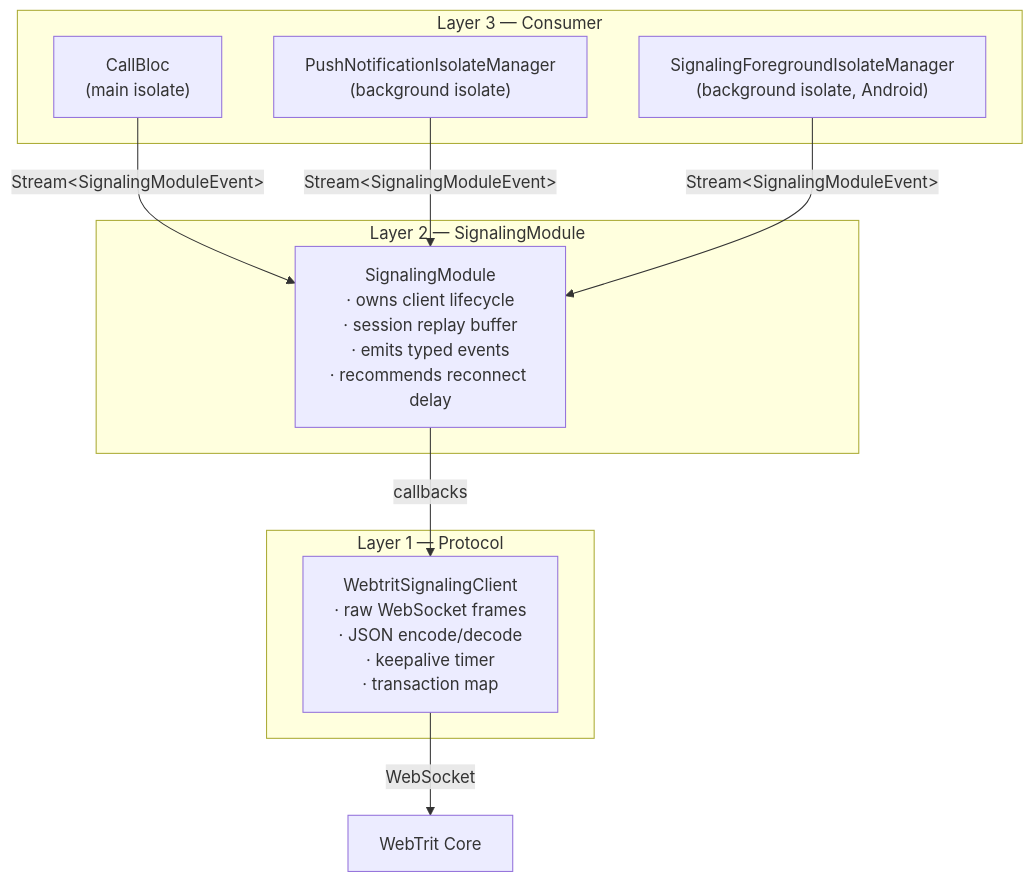
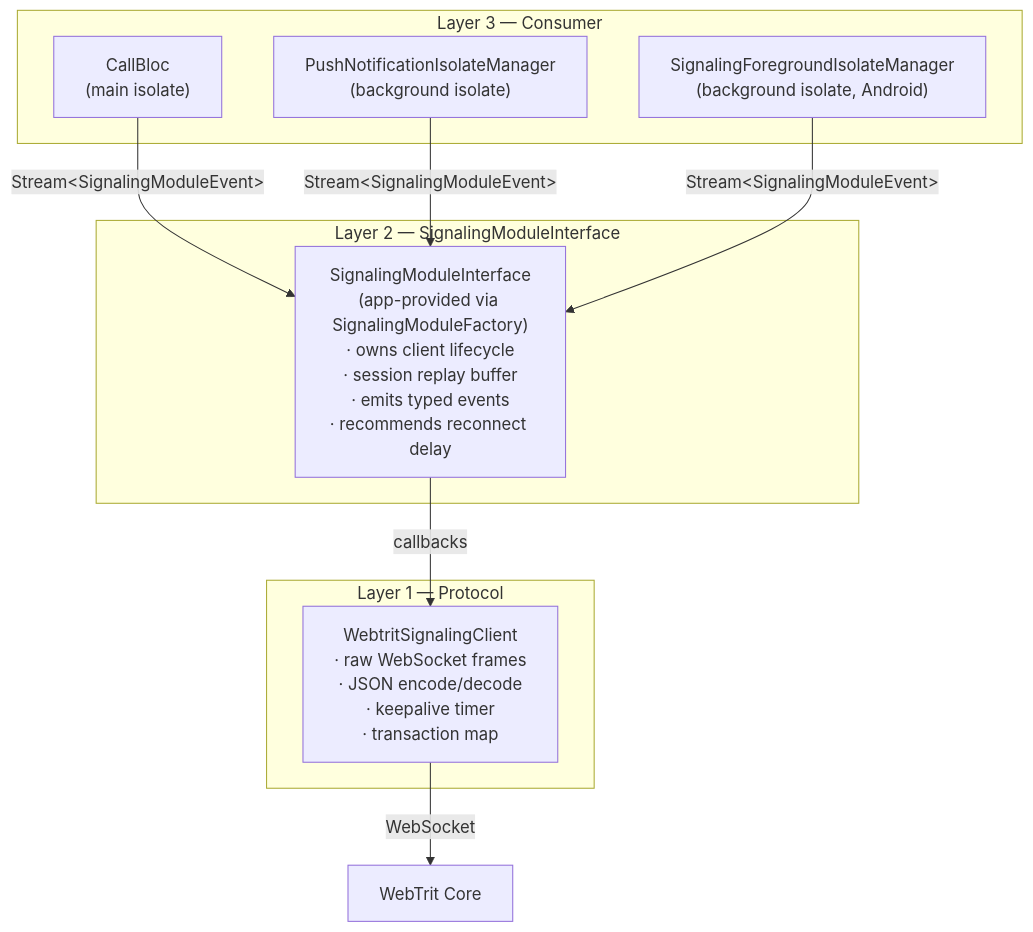
Before and after one commit to WebTrit/webtrit_phone: the second of 7 diagrams in packages/webtrit_signaling_service/ARCHITECTURE.md, drawn with Mermaid. The commit also changed other lines of this file and 4 other files, not shown here.

Commit message:
docs: update signaling service plugin docs after SignalingModuleFactory refactor

````diff
--- a/packages/webtrit_signaling_service/ARCHITECTURE.md
+++ b/packages/webtrit_signaling_service/ARCHITECTURE.md
@@ -26,20 +31,20 @@
 ```mermaid
 graph TD
     subgraph "Layer 3 — Consumer"
         CB["CallBloc\n(main isolate)"]
         PIM["PushNotificationIsolateManager\n(background isolate)"]
         SFIM["SignalingForegroundIsolateManager\n(background isolate, Android)"]
     end
 
-    subgraph "Layer 2 — SignalingModule"
-        SM["SignalingModule\n· owns client lifecycle\n· session replay buffer\n· emits typed events\n· recommends reconnect delay"]
+    subgraph "Layer 2 — SignalingModuleInterface"
+        SM["SignalingModuleInterface\n(app-provided via SignalingModuleFactory)\n· owns client lifecycle\n· session replay buffer\n· emits typed events\n· recommends reconnect delay"]
     end
 
     subgraph "Layer 1 — Protocol"
         WSC["WebtritSignalingClient\n· raw WebSocket frames\n· JSON encode/decode\n· keepalive timer\n· transaction map"]
     end
 
     CB & PIM & SFIM -->|" Stream&lt;SignalingModuleEvent&gt; "| SM
     SM -->|callbacks| WSC
     WSC -->|WebSocket| Server["WebTrit Core"]
 ```
````
